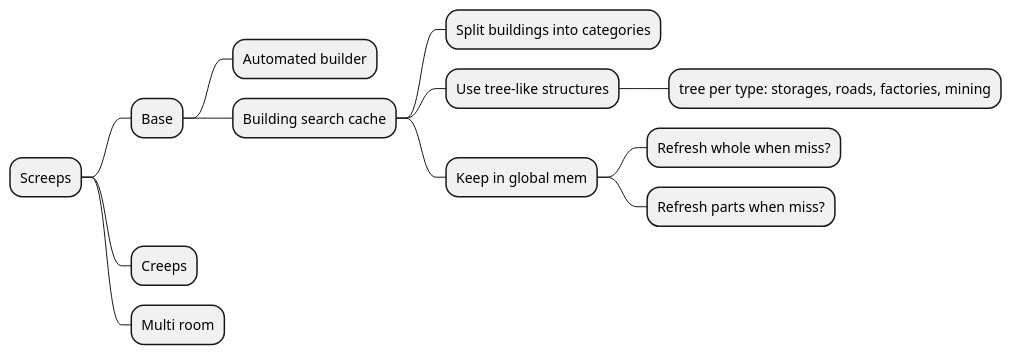
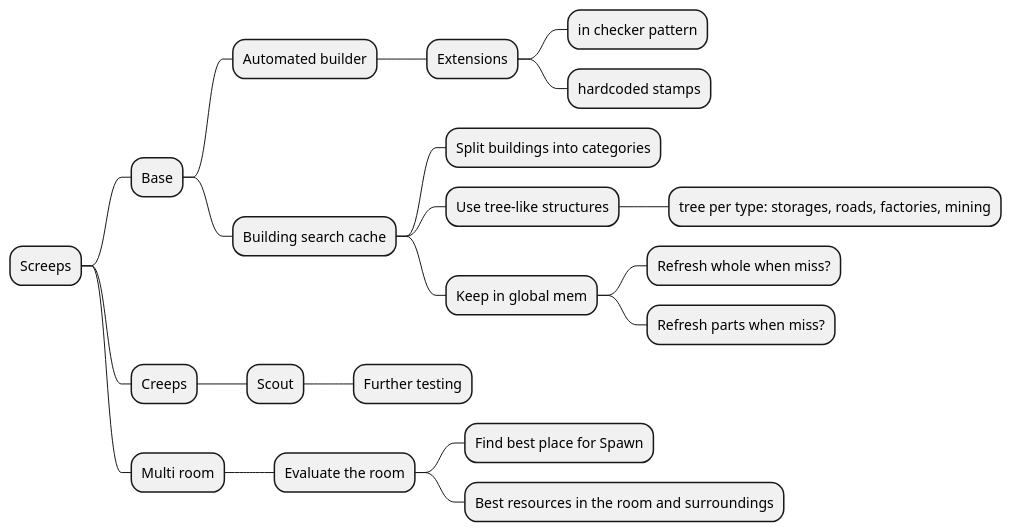
One commit to tomekbielaszewski/screeps-typescript changed the diagram in docs/mindmap.puml. Above: the diagram before and after it, drawn with PlantUML.

Commit message:
mind map with ideas and analysis

```diff
--- a/docs/mindmap.puml
+++ b/docs/mindmap.puml
@@ -1,17 +1,26 @@
 @startmindmap
 * Screeps
 
 ** Base
 *** Automated builder
+**** Extensions
+***** in checker pattern
+***** hardcoded stamps
 *** Building search cache
 **** Split buildings into categories
 **** Use tree-like structures
 ***** tree per type: storages, roads, factories, mining
 **** Keep in global mem
 ***** Refresh whole when miss?
 ***** Refresh parts when miss?
 
 ** Creeps
+*** Scout
+**** Further testing
+
 ** Multi room
+*** Evaluate the room
+**** Find best place for Spawn
+**** Best resources in the room and surroundings
 
 @endmindmap
```
